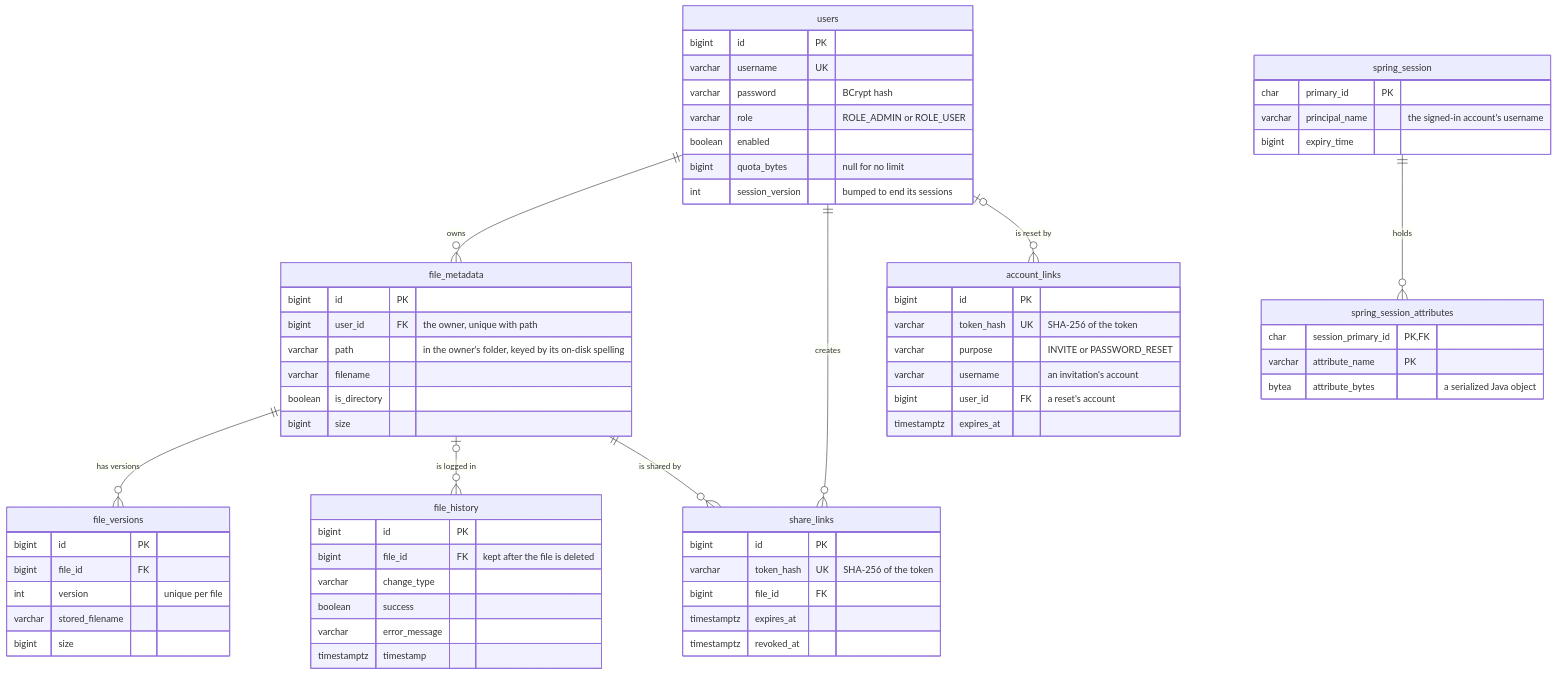
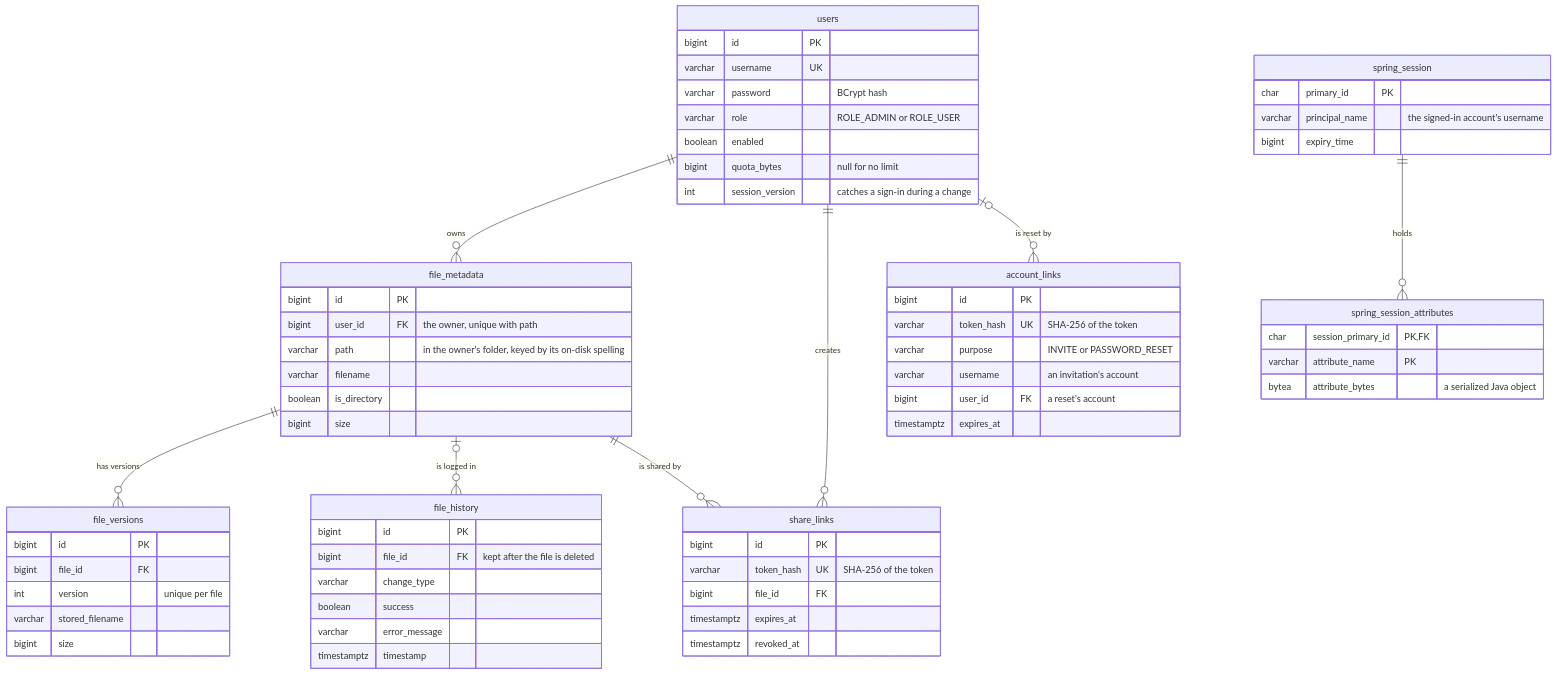
One commit to mevcaus/JavaDropbox changed the second of 6 diagrams in README.md. Above: the diagram before and after it, drawn with Mermaid. The commit also changed 6 other files, not shown here.

First line of the commit message:
log how many sessions are ended, and say what the session version is still for

````diff
--- a/README.md
+++ b/README.md
@@ -94,68 +94,68 @@
 ```mermaid
 erDiagram
     users ||--o{ file_metadata : owns
     file_metadata ||--o{ file_versions : "has versions"
     file_metadata |o--o{ file_history : "is logged in"
     file_metadata ||--o{ share_links : "is shared by"
     users ||--o{ share_links : creates
     users |o--o{ account_links : "is reset by"
 
     users {
         bigint id PK
         varchar username UK
         varchar password "BCrypt hash"
         varchar role "ROLE_ADMIN or ROLE_USER"
         boolean enabled
         bigint quota_bytes "null for no limit"
-        int session_version "bumped to end its sessions"
+        int session_version "catches a sign-in during a change"
     }
     file_metadata {
         bigint id PK
         bigint user_id FK "the owner, unique with path"
         varchar path "in the owner's folder, keyed by its on-disk spelling"
         varchar filename
         boolean is_directory
         bigint size
     }
     file_versions {
         bigint id PK
         bigint file_id FK
         int version "unique per file"
         varchar stored_filename
         bigint size
     }
     file_history {
         bigint id PK
         bigint file_id FK "kept after the file is deleted"
         varchar change_type
         boolean success
         varchar error_message
         timestamptz timestamp
     }
     share_links {
         bigint id PK
         varchar token_hash UK "SHA-256 of the token"
         bigint file_id FK
         timestamptz expires_at
         timestamptz revoked_at
     }
     account_links {
         bigint id PK
         varchar token_hash UK "SHA-256 of the token"
         varchar purpose "INVITE or PASSWORD_RESET"
         varchar username "an invitation's account"
         bigint user_id FK "a reset's account"
         timestamptz expires_at
     }
     spring_session ||--o{ spring_session_attributes : holds
     spring_session {
         char primary_id PK
         varchar principal_name "the signed-in account's username"
         bigint expiry_time
     }
     spring_session_attributes {
         char session_primary_id PK, FK
         varchar attribute_name PK
         bytea attribute_bytes "a serialized Java object"
     }
 ```
````
